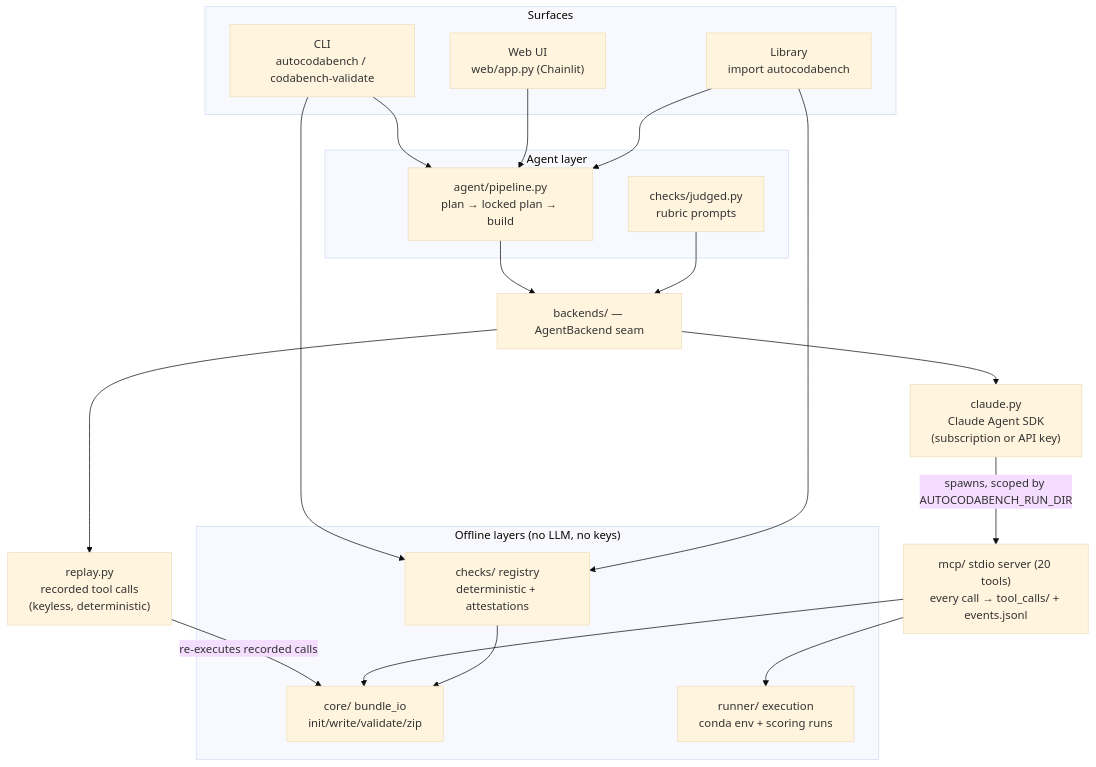
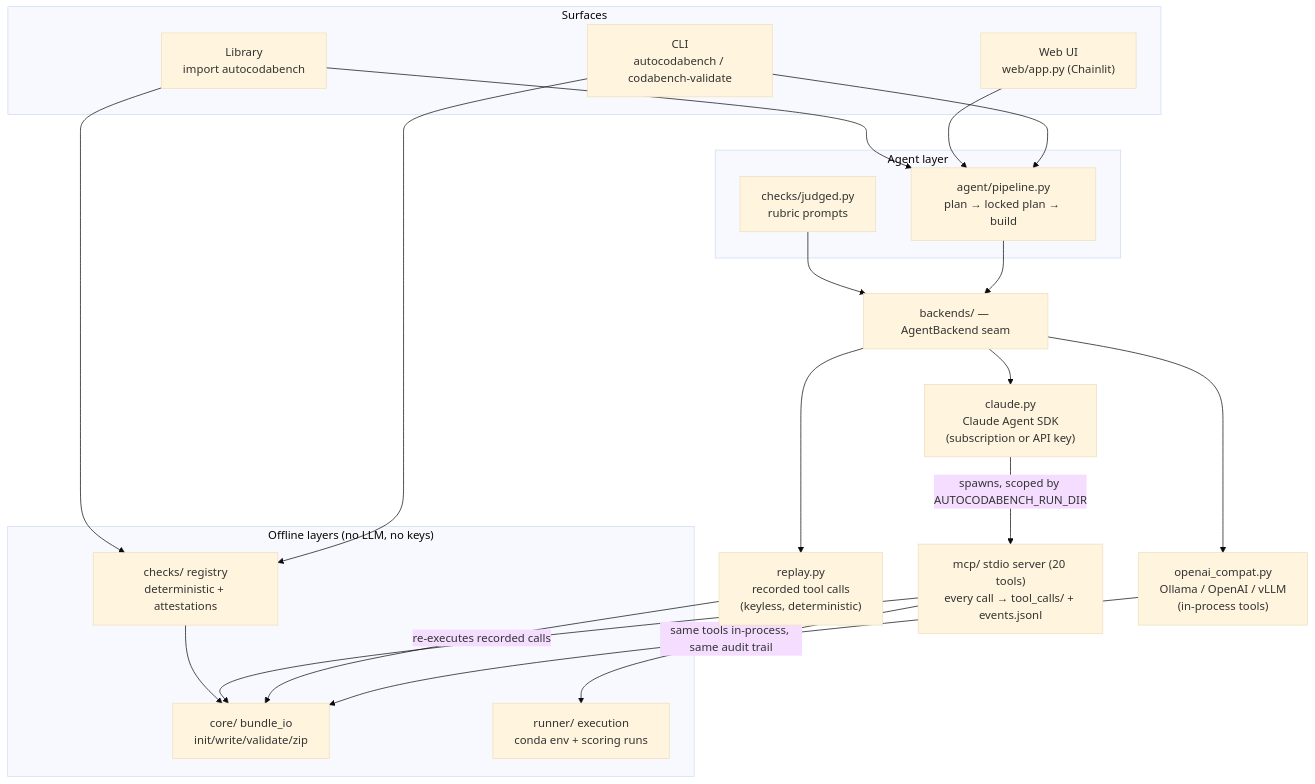
Before and after one commit to ihsaan-ullah/auto-codabench: the diagram in docs/architecture.md, drawn with Mermaid (base theme). The commit also changed other lines of this file and 12 other files, not shown here.

````diff
--- a/docs/architecture.md
+++ b/docs/architecture.md
@@ -124,36 +130,38 @@
 ```mermaid
 flowchart TB
   subgraph surfaces["Surfaces"]
     cli["CLI<br/>autocodabench / codabench-validate"]
     web["Web UI<br/>web/app.py (Chainlit)"]
     lib["Library<br/>import autocodabench"]
   end
 
   subgraph agentic["Agent layer"]
     pipeline["agent/pipeline.py<br/>plan → locked plan → build"]
     judged["checks/judged.py<br/>rubric prompts"]
   end
 
   seam["backends/ — AgentBackend seam"]
   claude["claude.py<br/>Claude Agent SDK<br/>(subscription or API key)"]
+  oai["openai_compat.py<br/>Ollama / OpenAI / vLLM<br/>(in-process tools)"]
   replay["replay.py<br/>recorded tool calls<br/>(keyless, deterministic)"]
 
   subgraph offline["Offline layers (no LLM, no keys)"]
     checks["checks/ registry<br/>deterministic + attestations"]
     core["core/ bundle_io<br/>init/write/validate/zip"]
     runner["runner/ execution<br/>conda env + scoring runs"]
   end
 
   mcp["mcp/ stdio server (20 tools)<br/>every call → tool_calls/ + events.jsonl"]
 
   cli --> pipeline & checks
   web --> pipeline
   lib --> pipeline & checks
   pipeline --> seam
   judged --> seam
-  seam --> claude & replay
+  seam --> claude & oai & replay
   claude -- "spawns, scoped by AUTOCODABENCH_RUN_DIR" --> mcp
+  oai -- "same tools in-process, same audit trail" --> core
   replay -- "re-executes recorded calls" --> core
   mcp --> core & runner
   checks --> core
 ```
````
